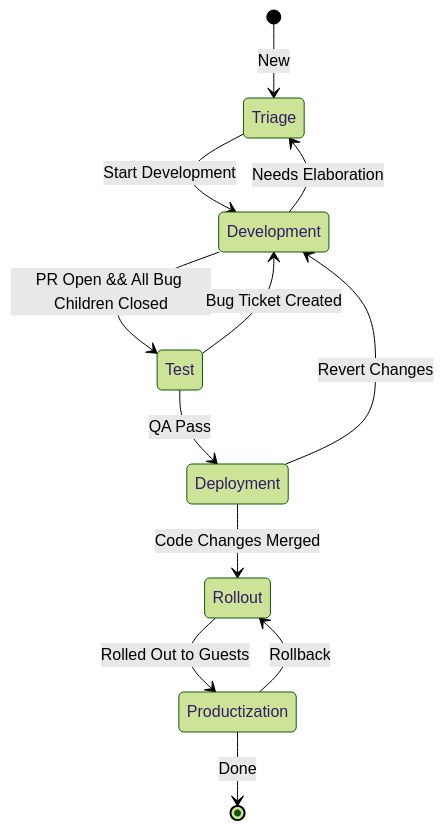
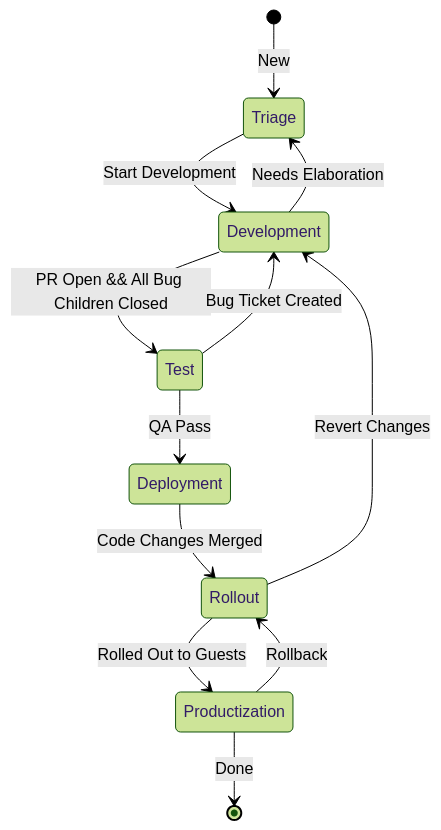
One commit to NyanHelsing/nyanhelsing.github.io changed the first of 3 diagrams in workflow.md. Above: the diagram before and after it, drawn with Mermaid (forest theme). The commit also changed other lines of this file, not shown here.

````diff
--- a/workflow.md
+++ b/workflow.md
@@ -40,14 +40,14 @@
 ```mermaid
 stateDiagram-v2
     [*] --> Triage: New
     Triage --> Development: Start Development
     Development --> Triage: Needs Elaboration
     Development --> Test: PR Open && All Bug Children Closed
     Test --> Development: Bug Ticket Created
     Test --> Deployment: QA Pass
-    Deployment --> Development: Revert Changes
     Deployment --> Rollout: Code Changes Merged
+    Rollout --> Development: Revert Changes
     Rollout --> Productization: Rolled Out to Guests
     Productization --> Rollout: Rollback
     Productization --> [*]: Done
 ```
````
